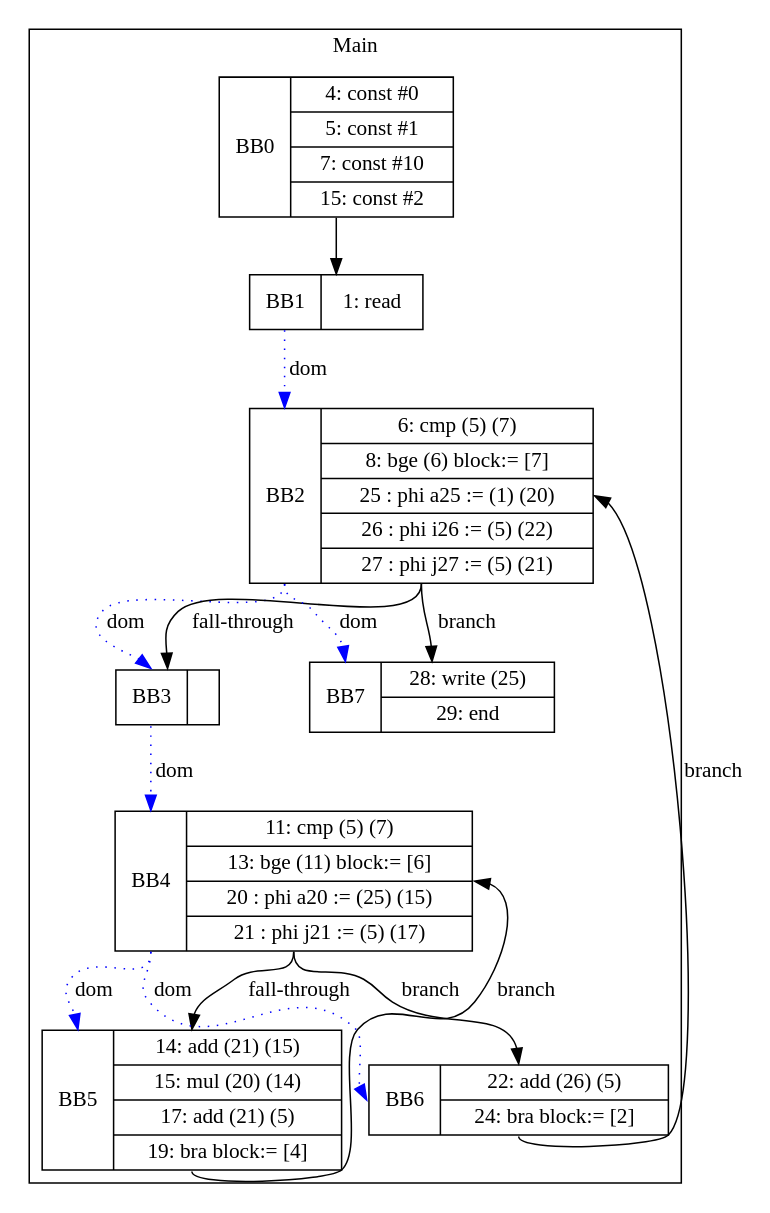
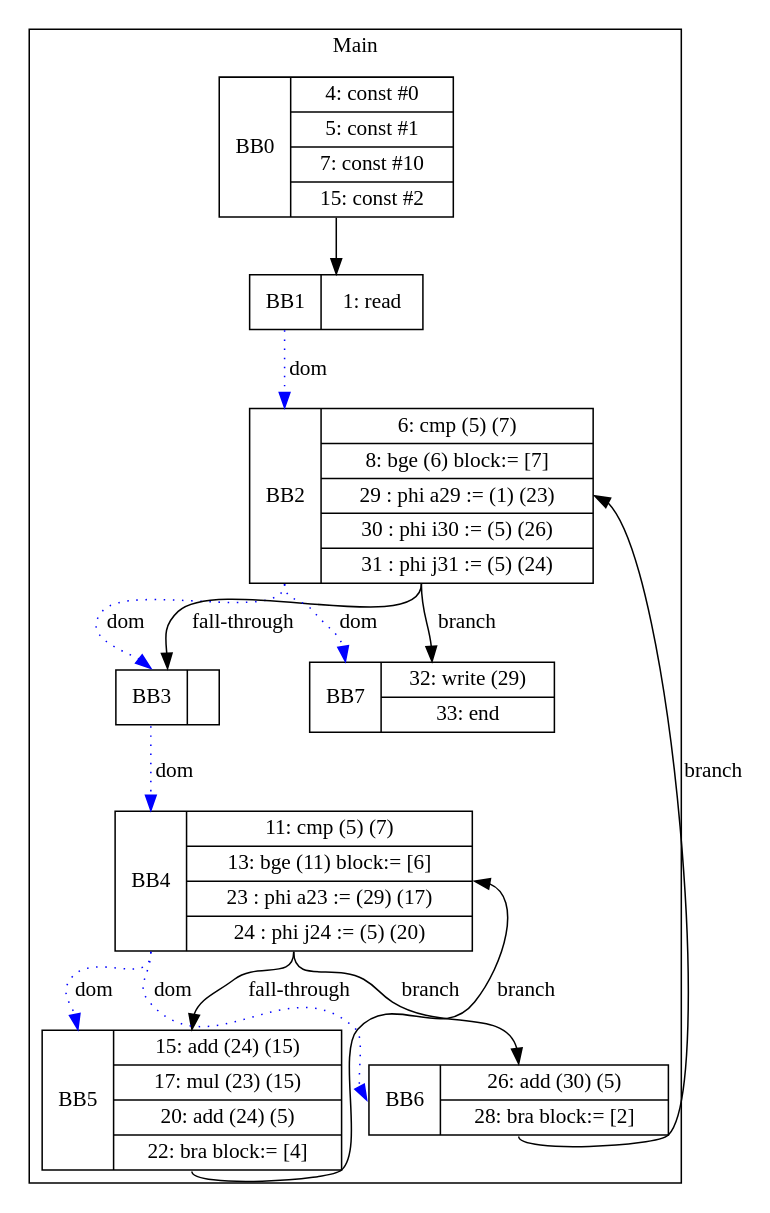
Before and after one commit to zjc664656505/UCI-CS241-Advanced-Compiler-main: the diagram in visualization/Ricky/whileTests/nestedwhile/basicNestedWhile.gv, drawn with Graphviz. The commit also changed 62 other files, not shown here.

```diff
--- a/visualization/Ricky/whileTests/nestedwhile/basicNestedWhile.gv
+++ b/visualization/Ricky/whileTests/nestedwhile/basicNestedWhile.gv
@@ -1,27 +1,27 @@
 digraph G {
 node [shape=record];
 subgraph cluster_main{
 label = "Main";
 BB0 [shape=record, label="<b>BB0|{4: const #0|5: const #1|7: const #10|15: const #2}"];
 BB1 [shape=record, label="<b>BB1|{1: read}"];
-BB2 [shape=record, label="<b>BB2|{6: cmp (5) (7)|8: bge (6) block:= [7]|25 : phi a25 := (1) (20)|26 : phi i26 := (5) (22)|27 : phi j27 := (5) (21)}"];
+BB2 [shape=record, label="<b>BB2|{6: cmp (5) (7)|8: bge (6) block:= [7]|29 : phi a29 := (1) (23)|30 : phi i30 := (5) (26)|31 : phi j31 := (5) (24)}"];
 BB3 [shape=record, label="<b>BB3|}"];
-BB4 [shape=record, label="<b>BB4|{11: cmp (5) (7)|13: bge (11) block:= [6]|20 : phi a20 := (25) (15)|21 : phi j21 := (5) (17)}"];
-BB5 [shape=record, label="<b>BB5|{14: add (21) (15)|15: mul (20) (14)|17: add (21) (5)|19: bra block:= [4]}"];
-BB6 [shape=record, label="<b>BB6|{22: add (26) (5)|24: bra block:= [2]}"];
-BB7 [shape=record, label="<b>BB7|{28: write (25)|29: end}"];
+BB4 [shape=record, label="<b>BB4|{11: cmp (5) (7)|13: bge (11) block:= [6]|23 : phi a23 := (29) (17)|24 : phi j24 := (5) (20)}"];
+BB5 [shape=record, label="<b>BB5|{15: add (24) (15)|17: mul (23) (15)|20: add (24) (5)|22: bra block:= [4]}"];
+BB6 [shape=record, label="<b>BB6|{26: add (30) (5)|28: bra block:= [2]}"];
+BB7 [shape=record, label="<b>BB7|{32: write (29)|33: end}"];
 }
 BB0:s -> BB1:n ;
 BB1:b -> BB2:b [color=blue, style=dotted, label="dom"];
 BB3:b -> BB4:b [color=blue, style=dotted, label="dom"];
 BB2:b -> BB7:b [color=blue, style=dotted, label="dom"];
 BB4:b -> BB6:b [color=blue, style=dotted, label="dom"];
 BB2:b -> BB3:b [color=blue, style=dotted, label="dom"];
 BB4:b -> BB5:b [color=blue, style=dotted, label="dom"];
 BB4:s -> BB6:n [label="branch"];
 BB2:s -> BB7:n [label="branch"];
 BB6:s -> BB2:e [label="branch"];
 BB5:s -> BB4:e [label="branch"];
 BB2:s -> BB3:n [label="fall-through"];
 BB4:s -> BB5:n [label="fall-through"];
 }
```
